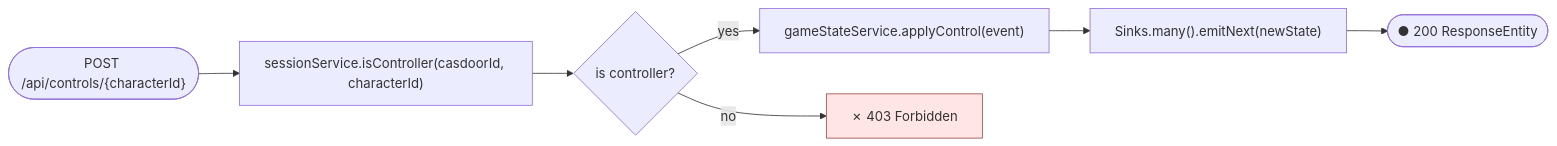
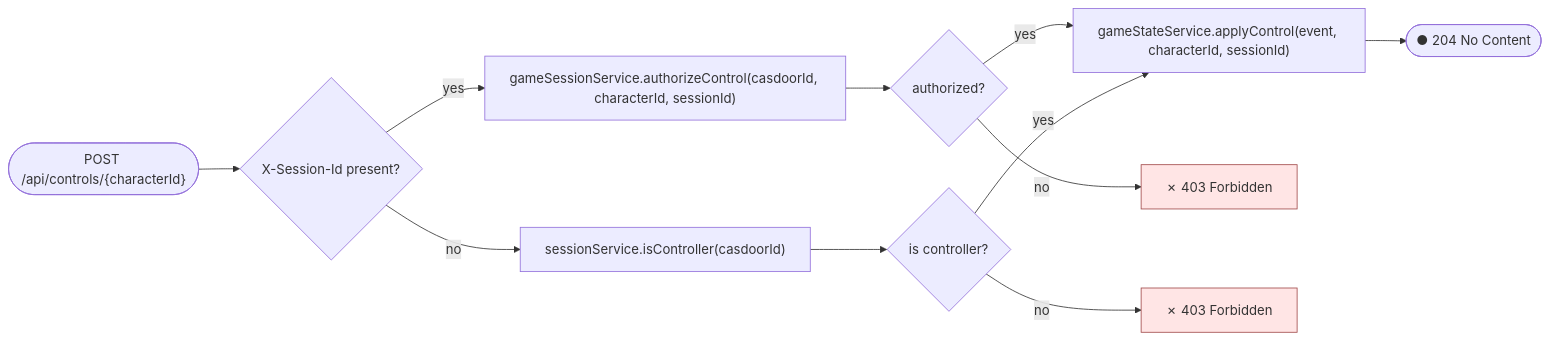
Before and after one commit to hugmesh/hugmesh-games: diagram 21 of 48 in README.md, drawn with Mermaid. The commit also changed other lines of this file, not shown here.

````diff
--- a/README.md
+++ b/README.md
@@ -683,7 +685,11 @@
 ```mermaid
 flowchart LR
-    R(["POST /api/controls/{characterId}"]) --> Chk["sessionService.isController(casdoorId, characterId)"] --> D{"is controller?"}
-    D -->|yes| AC["gameStateService.applyControl(event)"] --> Emit["Sinks.many().emitNext(newState)"] --> O(["● 200 ResponseEntity"])
+    R(["POST /api/controls/{characterId}"]) --> H{"X-Session-Id present?"}
+    H -->|yes| Chk["gameSessionService.authorizeControl(casdoorId, characterId, sessionId)"] --> D{"authorized?"}
+    D -->|yes| AC["gameStateService.applyControl(event, characterId, sessionId)"] --> O(["● 204 No Content"])
     D -->|no| F["✗ 403 Forbidden"]:::err
+    H -->|no| Chk2["sessionService.isController(casdoorId)"] --> D2{"is controller?"}
+    D2 -->|yes| AC
+    D2 -->|no| F2["✗ 403 Forbidden"]:::err
     classDef err fill:#ffe5e5,stroke:#a14a4a;
 ```
````
